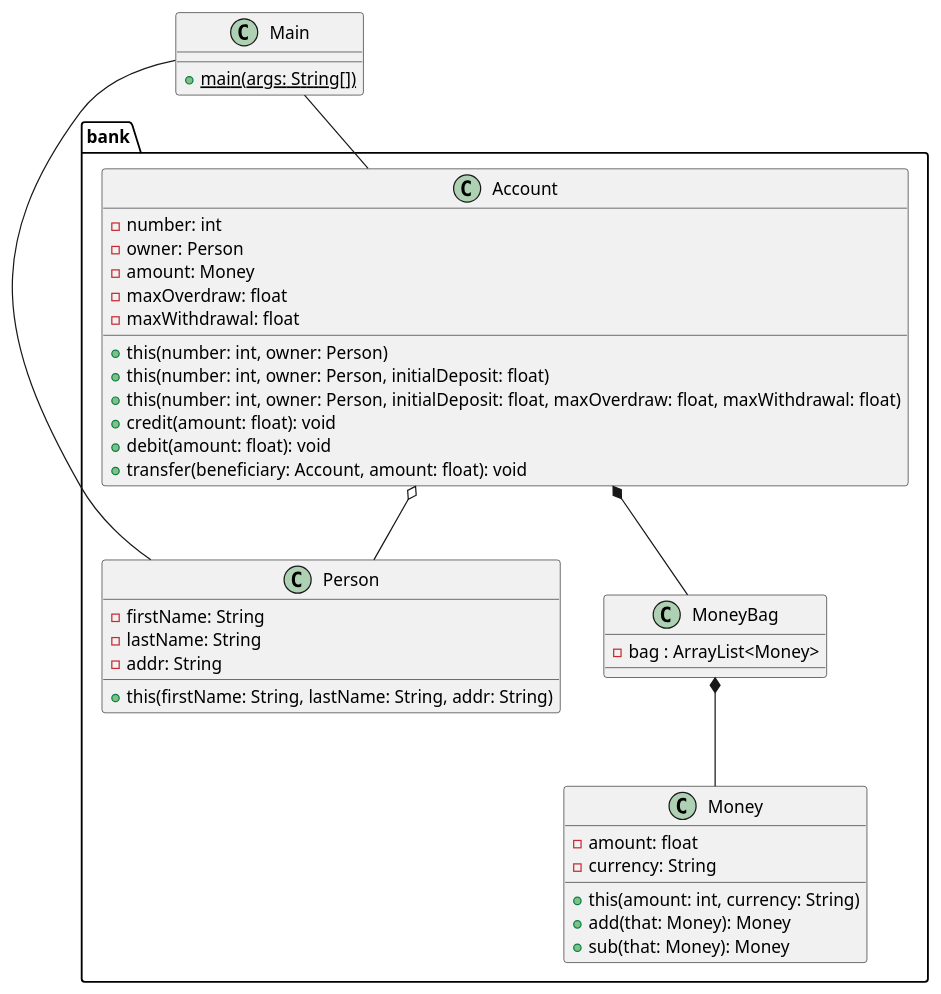
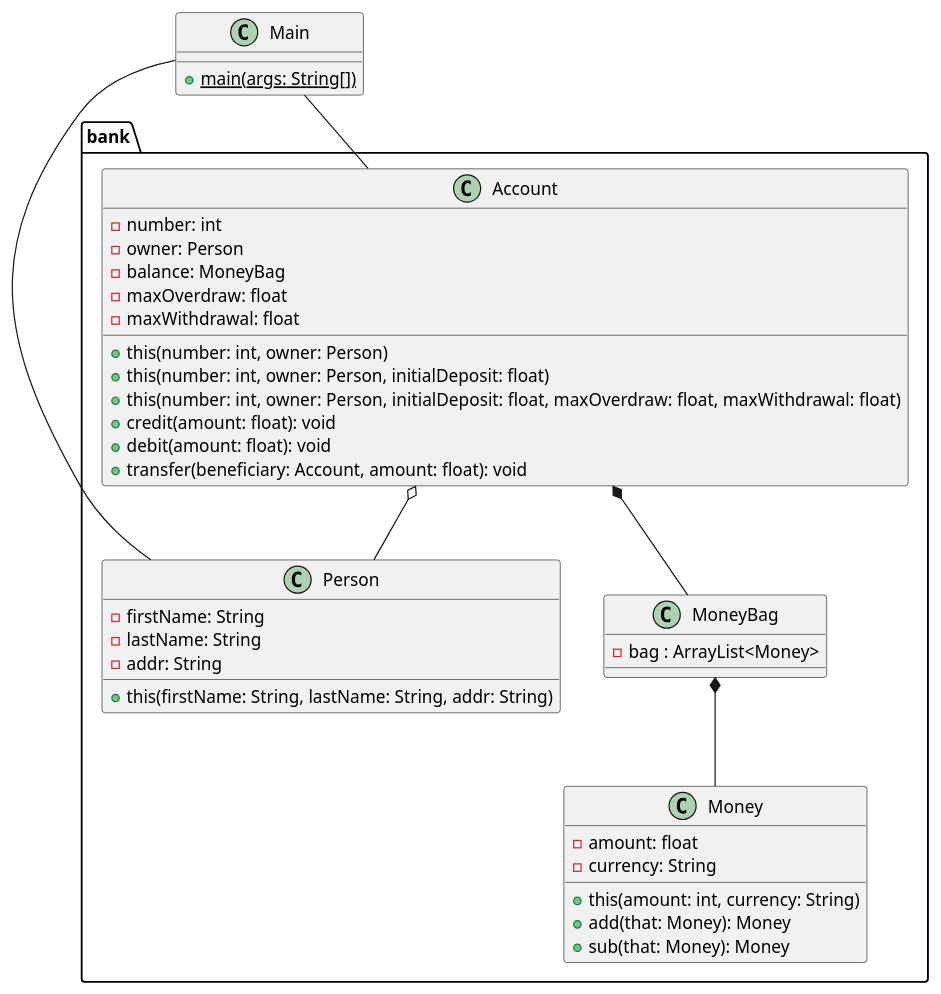
The diagram in class_diag.puml (dallatIkes/GL_TP1), drawn with PlantUML before and after one commit. The commit also changed 57 other files, not shown here.

```diff
--- a/class_diag.puml
+++ b/class_diag.puml
@@ -1,44 +1,44 @@
 @startuml
 package bank {
 class MoneyBag{
 - bag : ArrayList<Money>
 }
 class Money {
 - amount: float
 - currency: String
 + this(amount: int, currency: String)
 + add(that: Money): Money
 + sub(that: Money): Money
 }
 
 class Person{
 - firstName: String
 - lastName: String
 - addr: String
 + this(firstName: String, lastName: String, addr: String)
 }
 class Account{
 - number: int
 - owner: Person
-- amount: Money
+- balance: MoneyBag
 - maxOverdraw: float
 - maxWithdrawal: float
 + this(number: int, owner: Person)
 + this(number: int, owner: Person, initialDeposit: float)
 + this(number: int, owner: Person, initialDeposit: float, maxOverdraw: float, maxWithdrawal: float)
 + credit(amount: float): void
 + debit(amount: float): void
 + transfer(beneficiary: Account, amount: float): void
 }
 }
 class Main {
 + {static} main(args: String[])
 }
 
 Main -- Account
 Main -- Person
 
 MoneyBag *-- Money
 Account *-- MoneyBag
 Account o-- Person
 @enduml
```
